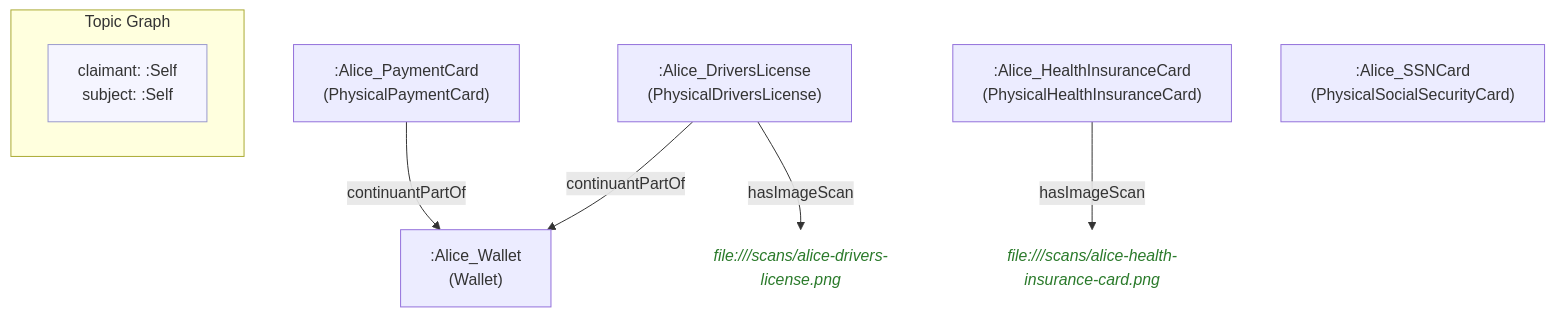
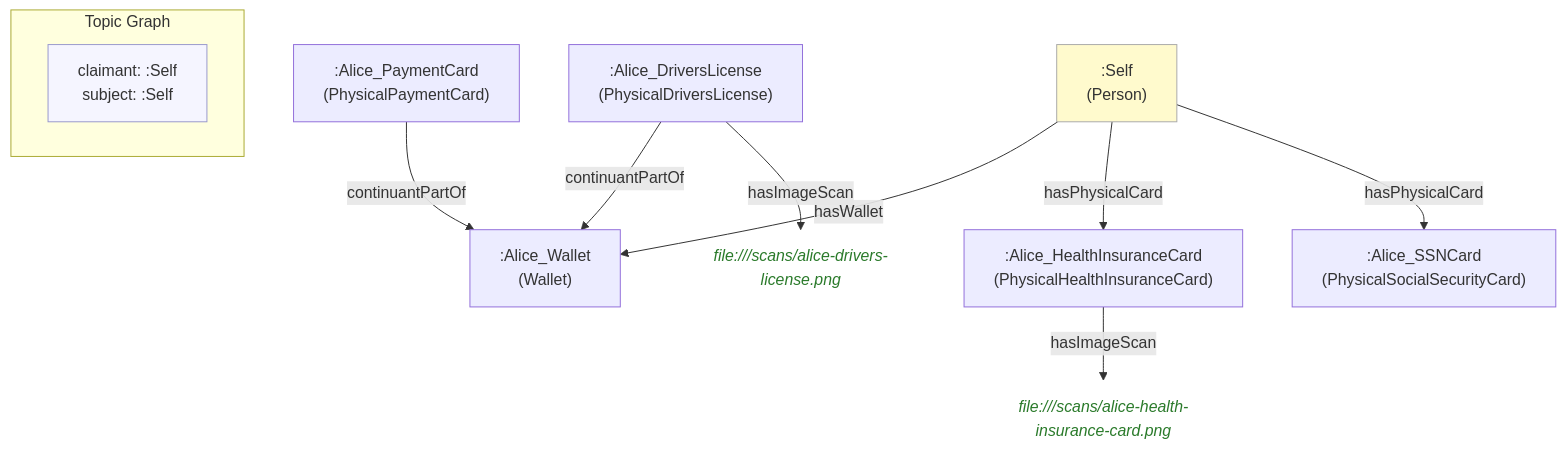
One commit to MeeFoundation/mia-ontologies changed the diagram in example/topics/images/self.self(Ownership)(22).mmd. Above: the diagram before and after it, drawn with Mermaid. The commit also changed 50 other files, not shown here.

```diff
--- a/example/topics/images/self.self(Ownership)(22).mmd
+++ b/example/topics/images/self.self(Ownership)(22).mmd
@@ -1,24 +1,28 @@
 flowchart TD
     classDef person fill:#fffacd,stroke:#aaa,color:#333
     classDef grp    fill:#d4edda,stroke:#aaa,color:#333
     classDef org    fill:#cce5ff,stroke:#aaa,color:#333
     classDef lit    fill:none,stroke:none,font-style:italic,color:#2a7a2a
     classDef meta   fill:#f5f5ff,stroke:#9999cc,color:#333
 
     subgraph ctx["Topic Graph"]
         direction LR
         ctx_meta["claimant: :Self\nsubject: :Self"]:::meta
     end
 
     n8020f1e0dda3[":Alice_DriversLicense\n(PhysicalDriversLicense)"]
     ne031334f4c41[":Alice_Wallet\n(Wallet)"]
     n16319a7d9aaf("file:///scans/alice-drivers-license.png"):::lit
     n45648c6e1691[":Alice_HealthInsuranceCard\n(PhysicalHealthInsuranceCard)"]
     n5aa16707069d("file:///scans/alice-health-insurance-card.png"):::lit
     n424bc5303466[":Alice_PaymentCard\n(PhysicalPaymentCard)"]
     nfb9947b1c0ef[":Alice_SSNCard\n(PhysicalSocialSecurityCard)"]
+    ne0c3ba92f1db[":Self\n(Person)"]:::person
 
     n8020f1e0dda3 -->|"continuantPartOf"| ne031334f4c41
     n8020f1e0dda3 -->|"hasImageScan"| n16319a7d9aaf
     n45648c6e1691 -->|"hasImageScan"| n5aa16707069d
     n424bc5303466 -->|"continuantPartOf"| ne031334f4c41
+    ne0c3ba92f1db -->|"hasWallet"| ne031334f4c41
+    ne0c3ba92f1db -->|"hasPhysicalCard"| n45648c6e1691
+    ne0c3ba92f1db -->|"hasPhysicalCard"| nfb9947b1c0ef
```
